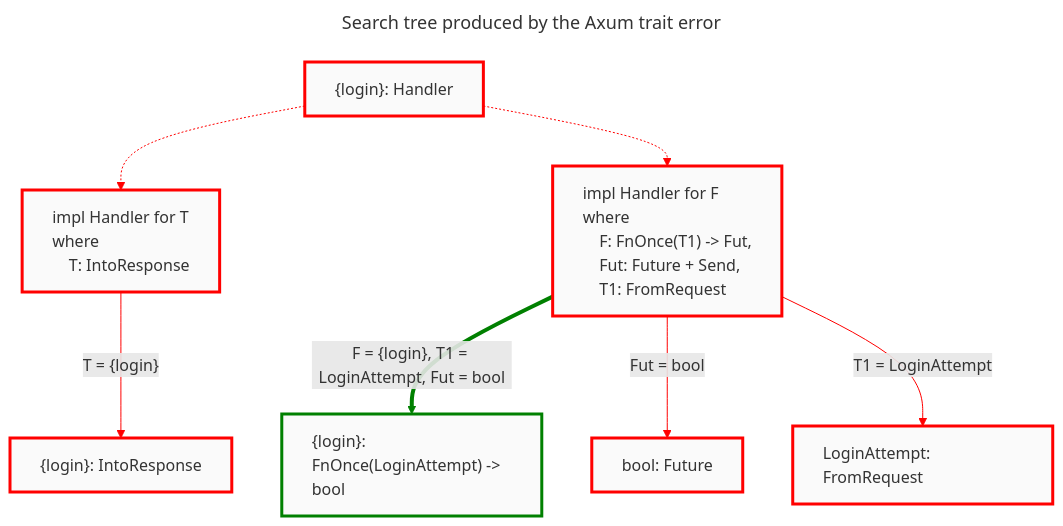
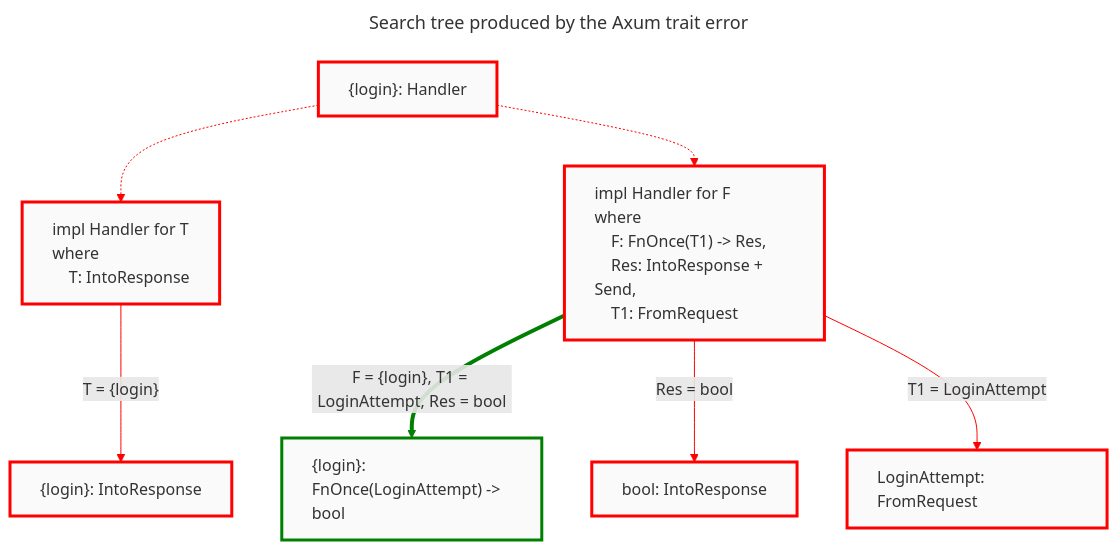
Before and after one commit to cognitive-engineering-lab/argus: the first of 2 diagrams in book/src/trait-debugging-101.md, drawn with Mermaid. The commit also changed other lines of this file and 5 other files, not shown here.

````diff
--- a/book/src/trait-debugging-101.md
+++ b/book/src/trait-debugging-101.md
@@ -48,29 +48,29 @@
 ```mermaid 
 ---
 title: Search tree produced by the Axum trait error
 ---
 graph TD
   root["{login}: Handler"]
   implRespH["impl Handler<IntoResponseHandler, S> for T\nwhere\n&nbsp;&nbsp;&nbsp;&nbsp;T: IntoResponse"]
   intoResp["{login}: IntoResponse"]
-  implH["impl Handler<M, S> for F\nwhere\n&nbsp;&nbsp;&nbsp;&nbsp;F: FnOnce(T1) -> Fut,\n&nbsp;&nbsp;&nbsp;&nbsp;Fut: Future + Send,\n&nbsp;&nbsp;&nbsp;&nbsp;T1: FromRequest"]
+  implH["impl Handler<M, S> for F\nwhere\n&nbsp;&nbsp;&nbsp;&nbsp;F: FnOnce(T1) -> Res,\n&nbsp;&nbsp;&nbsp;&nbsp;Res: IntoResponse + Send,\n&nbsp;&nbsp;&nbsp;&nbsp;T1: FromRequest"]
   isFunc["{login}: FnOnce(LoginAttempt) -&gt; bool"]
-  boolFut["bool: Future"]
+  boolFut["bool: IntoResponse"]
   loginARqst["LoginAttempt: FromRequest"]
   
   root -.-> implRespH
   implRespH --T = {login}--> intoResp
   root -.-> implH
-  implH --F = {login}, T1 = LoginAttempt, Fut = bool--> isFunc
-  implH --Fut = bool--> boolFut
+  implH --F = {login}, T1 = LoginAttempt, Res = bool--> isFunc
+  implH --Res = bool--> boolFut
   implH --T1 = LoginAttempt--> loginARqst
   
   class root,implRespH,intoResp,implH,boolFut,loginARqst cssFailure
   class isFunc cssSuccess
   
   classDef default fill:#fafafa, stroke-width:3px, text-align:left
   classDef cssSuccess stroke:green
   classDef cssFailure stroke:red
   linkStyle 0,1,2,4,5  stroke:red
   linkStyle 3  stroke:green, stroke-width:4px
 ```
````
